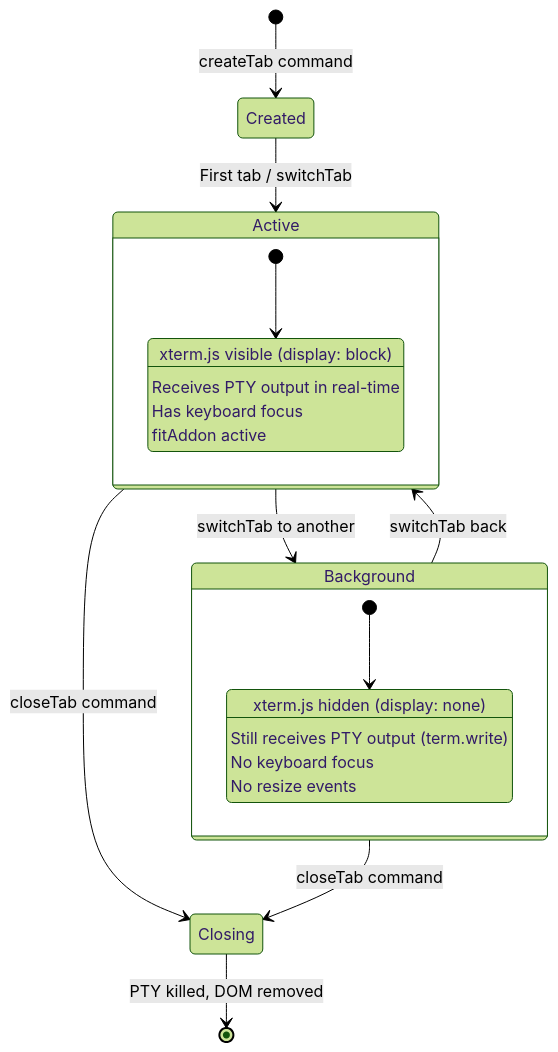
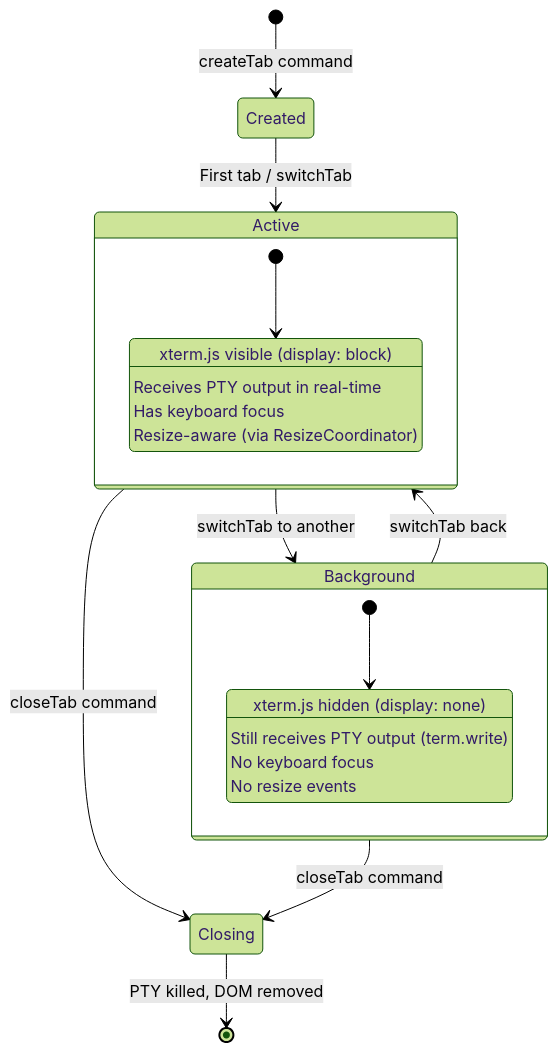
Before and after one commit to huybuidac/anywhere-terminal: the first of 8 diagrams in docs/design/flow-multi-tab.md, drawn with Mermaid (forest theme). The commit also changed other lines of this file and 46 other files, not shown here.

Commit message:
refactor: extract terminal factory, split renderer, and flow control into dedicated modules, reducing main.ts to a composition root, and add new webview tests.

````diff
--- a/docs/design/flow-multi-tab.md
+++ b/docs/design/flow-multi-tab.md
@@ -13,27 +13,27 @@
 ```mermaid
 stateDiagram-v2
     [*] --> Created: createTab command
 
     Created --> Active: First tab / switchTab
     Active --> Background: switchTab to another
     Background --> Active: switchTab back
     Active --> Closing: closeTab command
     Background --> Closing: closeTab command
     Closing --> [*]: PTY killed, DOM removed
 
     state Active {
         [*] --> Rendering
         Rendering: xterm.js visible (display: block)
         Rendering: Receives PTY output in real-time
         Rendering: Has keyboard focus
-        Rendering: fitAddon active
+        Rendering: Resize-aware (via ResizeCoordinator)
     }
 
     state Background {
         [*] --> Hidden
         Hidden: xterm.js hidden (display: none)
         Hidden: Still receives PTY output (term.write)
         Hidden: No keyboard focus
         Hidden: No resize events
     }
 ```
````
